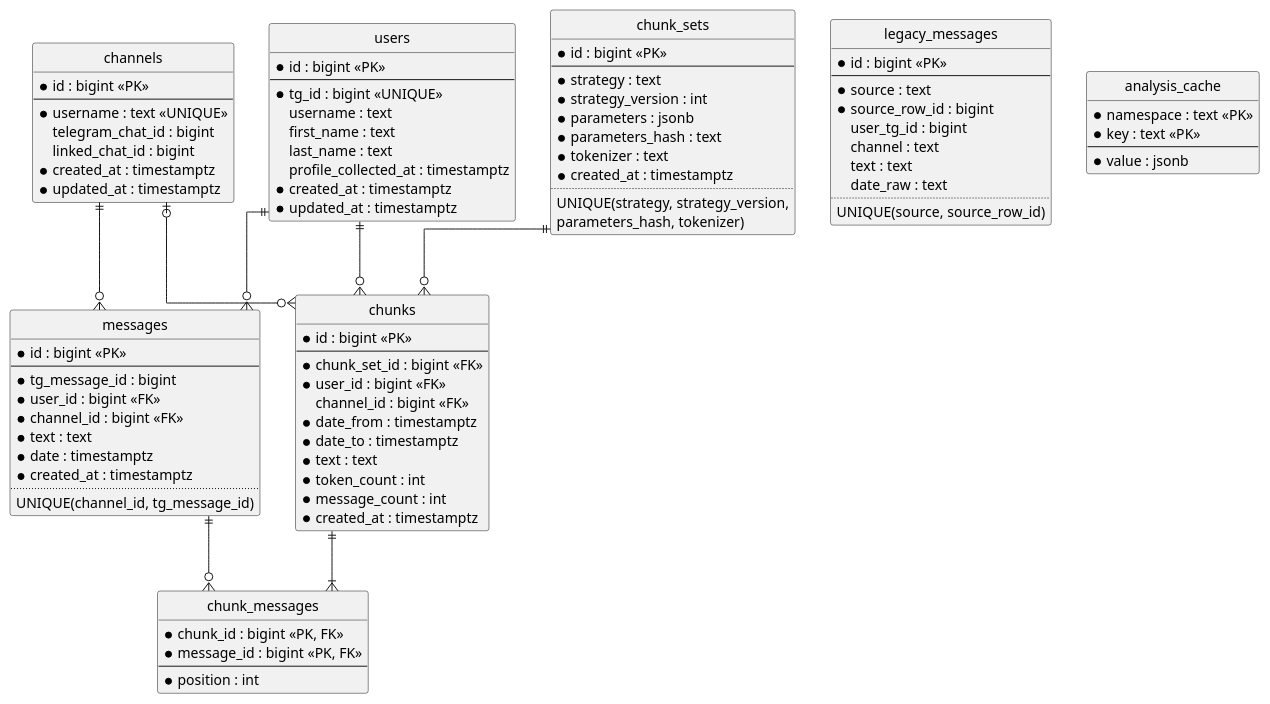
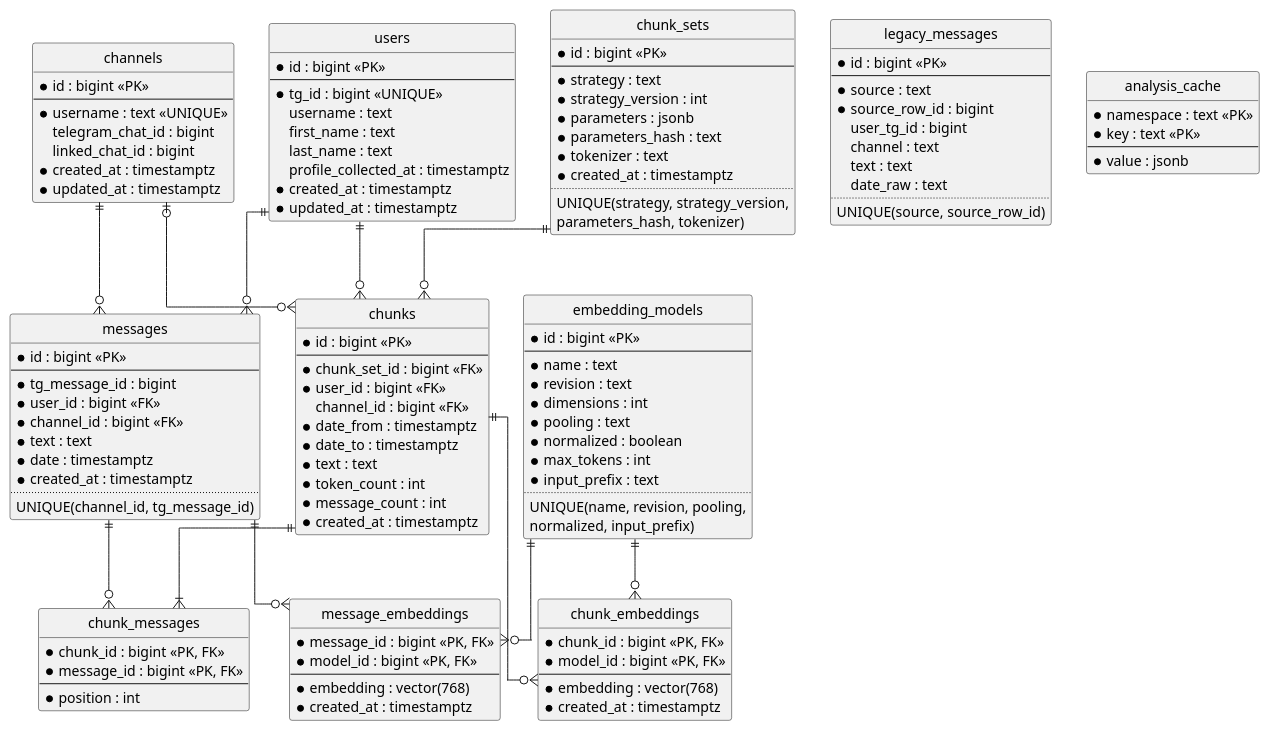
The first of 2 diagrams in docs/postgresql-migration.md (megannnn98/tg-parser), drawn with PlantUML before and after one commit. The commit also changed other lines of this file and 10 other files, not shown here.

First line of the commit message:
feat(embeddings): add embedding tables and pipeline, report the chunking benchmark

```diff
--- a/docs/postgresql-migration.md
+++ b/docs/postgresql-migration.md
@@ -138,8 +138,43 @@
   * value : jsonb
 }
 
+entity embedding_models {
+  * id : bigint <<PK>>
+  --
+  * name : text
+  * revision : text
+  * dimensions : int
+  * pooling : text
+  * normalized : boolean
+  * max_tokens : int
+  * input_prefix : text
+  ..
+  UNIQUE(name, revision, pooling,
+         normalized, input_prefix)
+}
+
+entity message_embeddings {
+  * message_id : bigint <<PK, FK>>
+  * model_id : bigint <<PK, FK>>
+  --
+  * embedding : vector(768)
+  * created_at : timestamptz
+}
+
+entity chunk_embeddings {
+  * chunk_id : bigint <<PK, FK>>
+  * model_id : bigint <<PK, FK>>
+  --
+  * embedding : vector(768)
+  * created_at : timestamptz
+}
+
 users ||--o{ messages
 channels ||--o{ messages
+messages ||--o{ message_embeddings
+chunks ||--o{ chunk_embeddings
+embedding_models ||--o{ message_embeddings
+embedding_models ||--o{ chunk_embeddings
 users ||--o{ chunks
 chunk_sets ||--o{ chunks
 channels |o--o{ chunks
```
